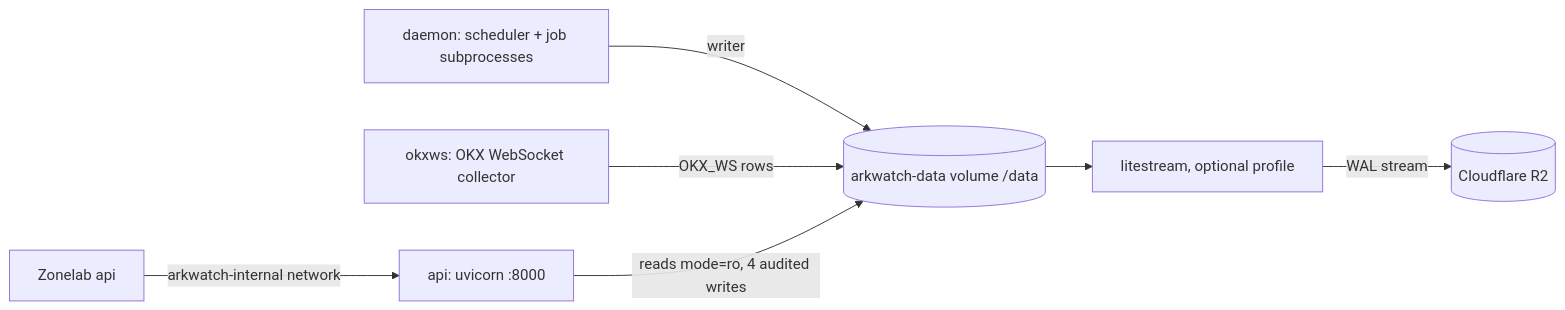
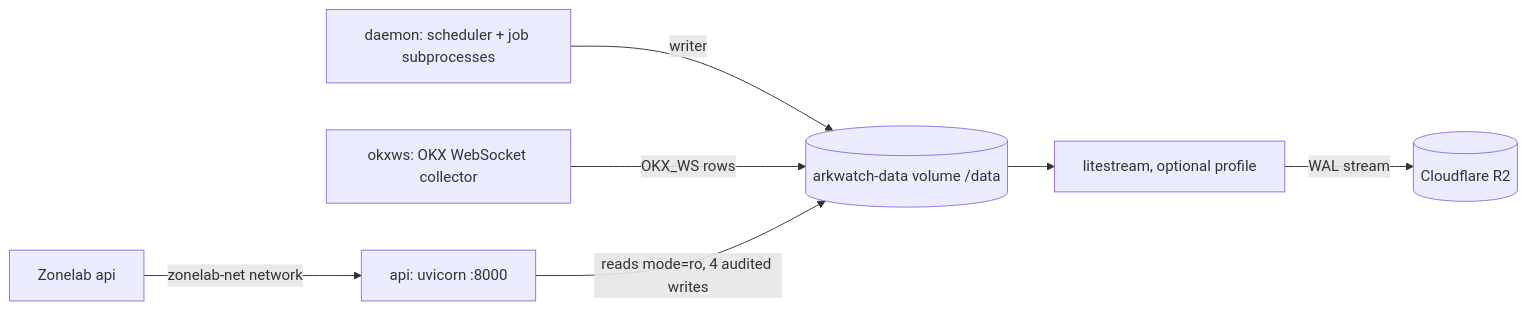
The diagram in README.md (GifariKemal/ark-watch), drawn with Mermaid before and after one commit. The commit also changed other lines of this file and 2 other files, not shown here.

Commit message:
docs: README dan bench ikut server primary (zonelab-net, arkwatch-warp, ofm tidak dijalankan)

````diff
--- a/README.md
+++ b/README.md
@@ -72,9 +72,9 @@
 ```mermaid
 flowchart LR
-  Z[Zonelab api] -->|arkwatch-internal network| A[api: uvicorn :8000]
+  Z[Zonelab api] -->|zonelab-net network| A[api: uvicorn :8000]
   D[daemon: scheduler + job subprocesses] -->|writer| V[(arkwatch-data volume /data)]
   O[okxws: OKX WebSocket collector] -->|OKX_WS rows| V
   A -->|reads mode=ro, 4 audited writes| V
   L[litestream, optional profile] -->|WAL stream| R[(Cloudflare R2)]
   V --> L
 ```
````
